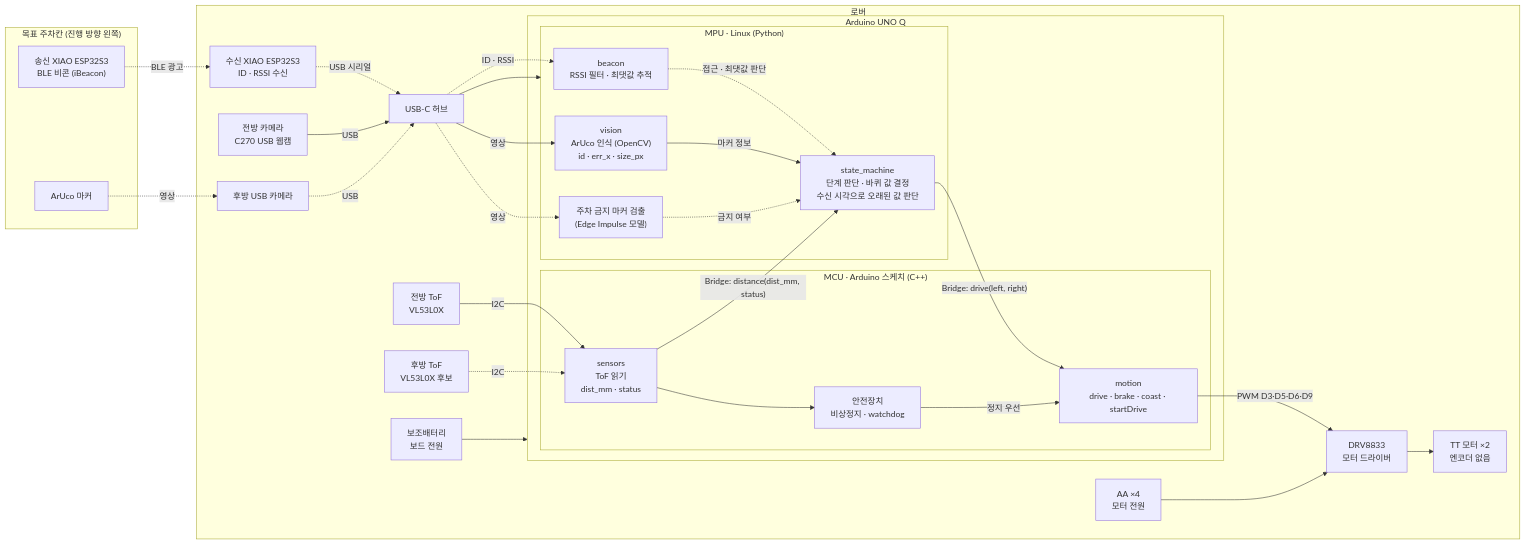
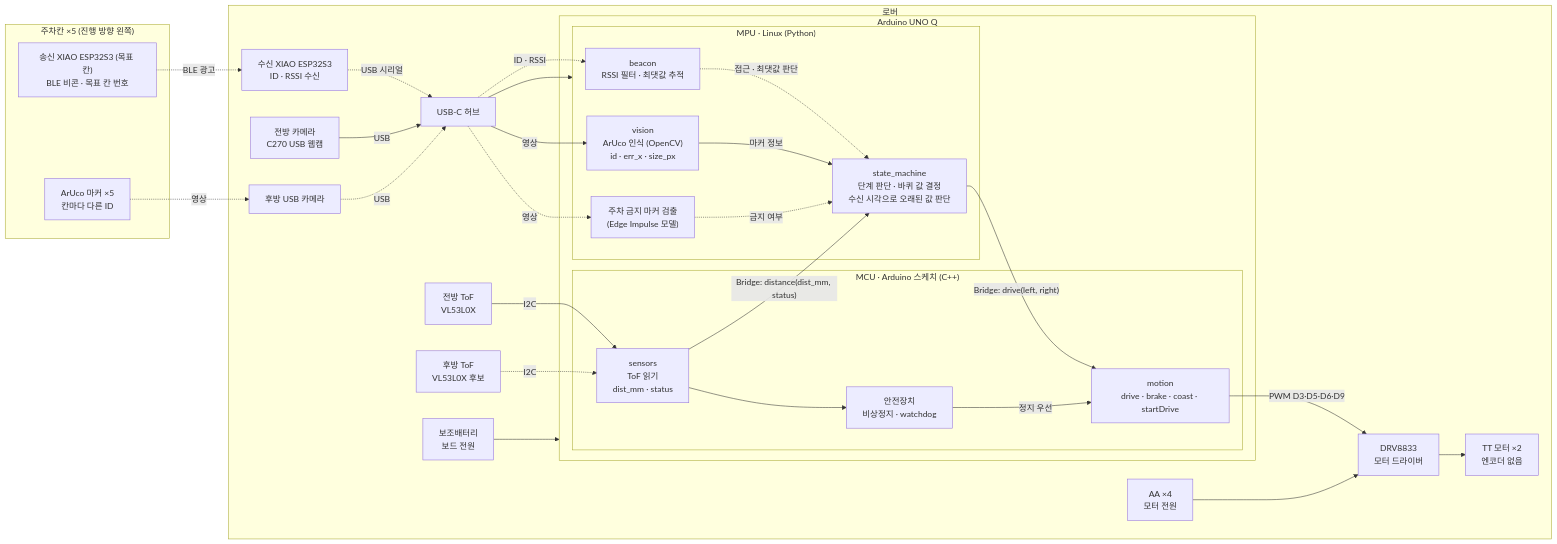
The diagram in docs/architecture.md (yumina0616/Hyper-AutoPark-Rover), drawn with Mermaid before and after one commit. The commit also changed other lines of this file and 3 other files, not shown here.

````diff
--- a/docs/architecture.md
+++ b/docs/architecture.md
@@ -6,62 +6,62 @@
 ```mermaid
 flowchart LR
-    subgraph SLOT["목표 주차칸 (진행 방향 왼쪽)"]
-        TX["송신 XIAO ESP32S3<br/>BLE 비콘 (iBeacon)"]
-        MARKER["ArUco 마커"]
+    subgraph SLOT["주차칸 ×5 (진행 방향 왼쪽)"]
+        TX["송신 XIAO ESP32S3 (목표 칸)<br/>BLE 비콘 · 목표 칸 번호"]
+        MARKER["ArUco 마커 ×5<br/>칸마다 다른 ID"]
     end
 
     subgraph ROVER["로버"]
         RX["수신 XIAO ESP32S3<br/>ID · RSSI 수신"]
         CAM_F["전방 카메라<br/>C270 USB 웹캠"]
         CAM_R["후방 USB 카메라"]
         HUB["USB-C 허브"]
 
         subgraph UNOQ["Arduino UNO Q"]
             subgraph MPU["MPU · Linux (Python)"]
                 BEACON_PY["beacon<br/>RSSI 필터 · 최댓값 추적"]
                 VISION_PY["vision<br/>ArUco 인식 (OpenCV)<br/>id · err_x · size_px"]
                 AI_PY["주차 금지 마커 검출<br/>(Edge Impulse 모델)"]
                 SM["state_machine<br/>단계 판단 · 바퀴 값 결정<br/>수신 시각으로 오래된 값 판단"]
             end
 
             subgraph MCU["MCU · Arduino 스케치 (C++)"]
                 SENS_MCU["sensors<br/>ToF 읽기<br/>dist_mm · status"]
                 MOTION_MCU["motion<br/>drive · brake · coast · startDrive"]
                 SAFETY["안전장치<br/>비상정지 · watchdog"]
             end
         end
 
         TOF_F["전방 ToF<br/>VL53L0X"]
         TOF_R["후방 ToF<br/>VL53L0X 후보"]
         DRV["DRV8833<br/>모터 드라이버"]
         MOTORS["TT 모터 ×2<br/>엔코더 없음"]
         BATT["AA ×4<br/>모터 전원"]
         PB["보조배터리<br/>보드 전원"]
     end
 
     TX -. "BLE 광고" .-> RX
     RX -. "USB 시리얼" .-> HUB
     MARKER -. "영상" .-> CAM_R
     CAM_F -- "USB" --> HUB
     CAM_R -. "USB" .-> HUB
     HUB --> MPU
 
     HUB -. "ID · RSSI" .-> BEACON_PY
     HUB -- "영상" --> VISION_PY
     HUB -. "영상" .-> AI_PY
 
     BEACON_PY -. "접근 · 최댓값 판단" .-> SM
     VISION_PY -- "마커 정보" --> SM
     AI_PY -. "금지 여부" .-> SM
 
     TOF_F -- "I2C" --> SENS_MCU
     TOF_R -. "I2C" .-> SENS_MCU
     SENS_MCU -- "Bridge: distance(dist_mm, status)" --> SM
     SM -- "Bridge: drive(left, right)" --> MOTION_MCU
     SENS_MCU --> SAFETY
     SAFETY -- "정지 우선" --> MOTION_MCU
     MOTION_MCU -- "PWM D3·D5·D6·D9" --> DRV
     DRV --> MOTORS
     BATT --> DRV
     PB --> UNOQ
 ```
````
